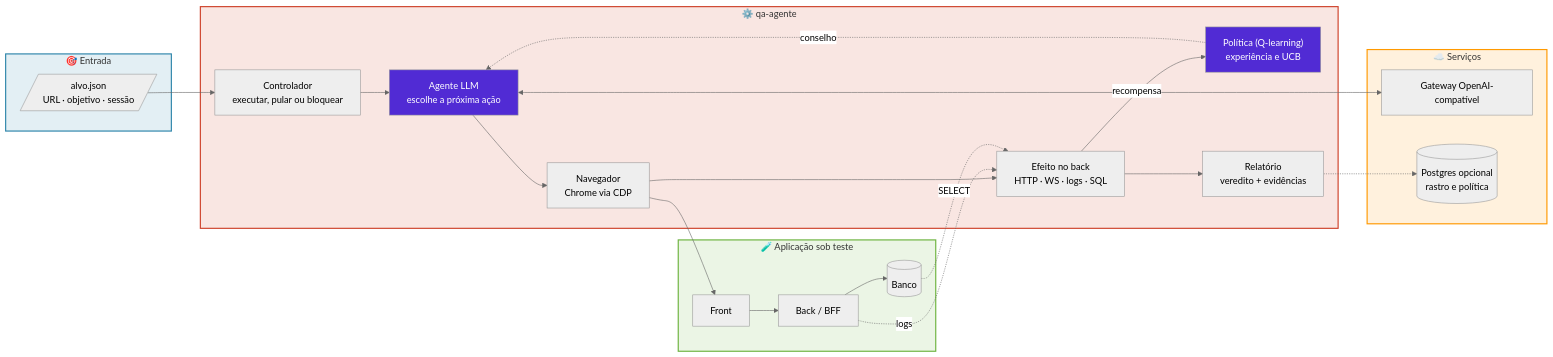
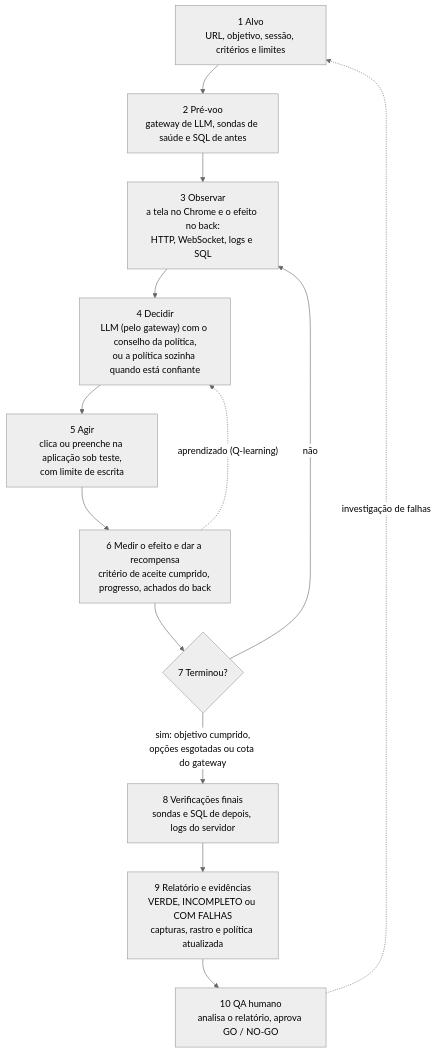
Before and after one commit to blencko/qa-agente: the diagram in README.md, drawn with Mermaid (neutral theme). The commit also changed other lines of this file, not shown here.

Commit message:
README: novo diagrama de arquitetura e documentação da política por aplicação, flags e resiliência do gateway

````diff
--- a/README.md
+++ b/README.md
@@ -61,44 +61,15 @@
 ```mermaid
-flowchart LR
-    subgraph Entrada["🎯 Entrada"]
-        ALVO[/"alvo.json<br/>URL · objetivo · sessão"/]
-    end
-
-    subgraph Agente["⚙️ qa-agente"]
-        CTRL["Controlador<br/>executar, pular ou bloquear"]
-        LLM["Agente LLM<br/>escolhe a próxima ação"]
-        POL["Política (Q-learning)<br/>experiência e UCB"]
-        NAV["Navegador<br/>Chrome via CDP"]
-        EFE["Efeito no back<br/>HTTP · WS · logs · SQL"]
-        REL["Relatório<br/>veredito + evidências"]
-    end
-
-    subgraph Alvo["🧪 Aplicação sob teste"]
-        FRONT["Front"]
-        BACK["Back / BFF"]
-        BANCO[("Banco")]
-    end
-
-    subgraph Externos["☁️ Serviços"]
-        GW["Gateway OpenAI-compatível"]
-        PG[("Postgres opcional<br/>rastro e política")]
-    end
-
-    ALVO --> CTRL --> LLM
-    POL -. conselho .-> LLM
-    LLM <--> GW
-    LLM --> NAV --> FRONT --> BACK --> BANCO
-    NAV --> EFE
-    BACK -. logs .-> EFE
-    BANCO -. SELECT .-> EFE
-    EFE -- recompensa --> POL
-    EFE --> REL
-    REL -.-> PG
-
-    style Entrada fill:#2E86AB22,stroke:#2E86AB,stroke-width:2px
-    style Agente fill:#CE422B22,stroke:#CE422B,stroke-width:2px
-    style Alvo fill:#6DB33F22,stroke:#6DB33F,stroke-width:2px
-    style Externos fill:#FF990022,stroke:#FF9900,stroke-width:2px
-    style LLM fill:#512BD4,color:#fff
-    style POL fill:#512BD4,color:#fff
+flowchart TD
+    A["1 Alvo<br/>URL, objetivo, sessão, critérios e limites"] --> B["2 Pré-voo<br/>gateway de LLM, sondas de saúde e SQL de antes"]
+    B --> C["3 Observar<br/>a tela no Chrome e o efeito no back:<br/>HTTP, WebSocket, logs e SQL"]
+    C --> D["4 Decidir<br/>LLM (pelo gateway) com o conselho da política,<br/>ou a política sozinha quando está confiante"]
+    D --> E["5 Agir<br/>clica ou preenche na aplicação sob teste,<br/>com limite de escrita"]
+    E --> F["6 Medir o efeito e dar a recompensa<br/>critério de aceite cumprido, progresso, achados do back"]
+    F --> G{"7 Terminou?"}
+    G -- "não" --> C
+    G -- "sim: objetivo cumprido,<br/>opções esgotadas ou cota do gateway" --> H["8 Verificações finais<br/>sondas e SQL de depois, logs do servidor"]
+    H --> I["9 Relatório e evidências<br/>VERDE, INCOMPLETO ou COM FALHAS<br/>capturas, rastro e política atualizada"]
+    I --> J["10 QA humano<br/>analisa o relatório, aprova GO / NO-GO"]
+    F -. "aprendizado (Q-learning)" .-> D
+    J -. "investigação de falhas" .-> A
 ```
````
